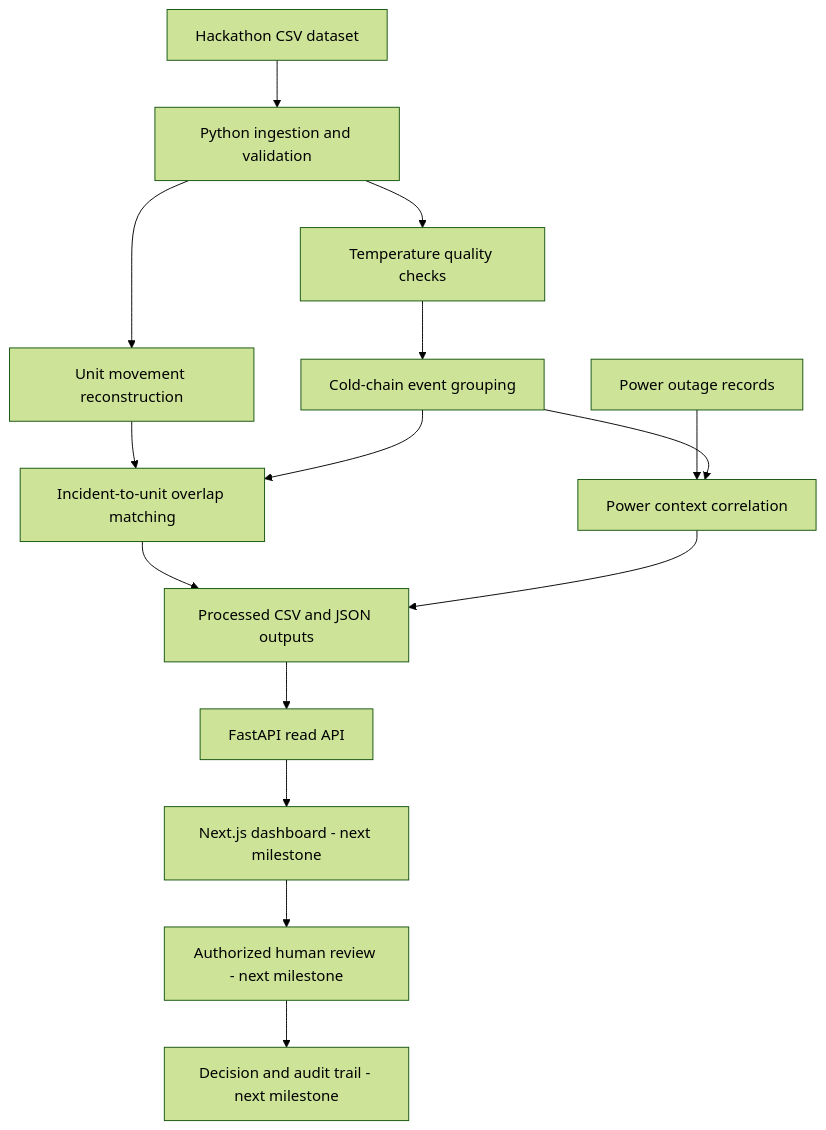
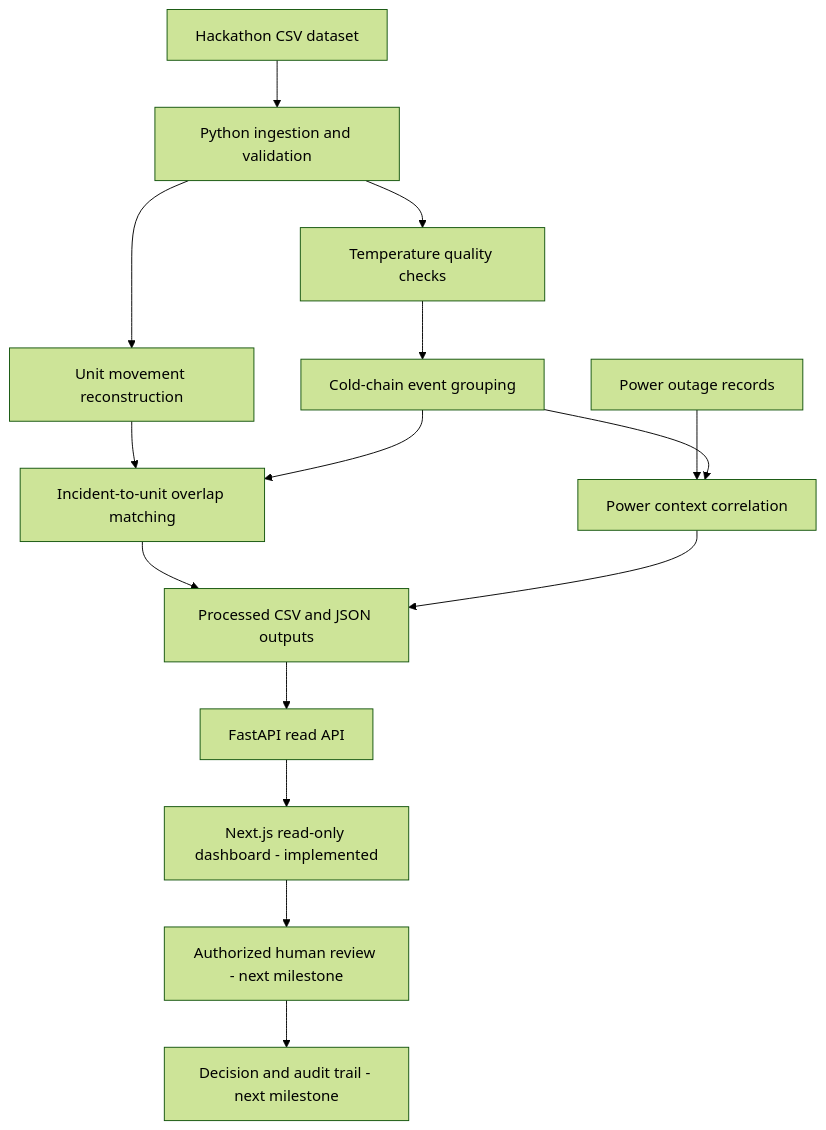
The diagram in docs/architecture.md (isaac-briandt/trustLedger-bct-hackaton-solution-2026), drawn with Mermaid (forest theme) before and after one commit. The commit also changed 1 other file, not shown here.

Commit message:
docs: add project status and frontend docs

````diff
--- a/docs/architecture.md
+++ b/docs/architecture.md
@@ -3,17 +3,17 @@
 ```mermaid
 flowchart TD
     A[Hackathon CSV dataset] --> B[Python ingestion and validation]
     B --> C[Temperature quality checks]
     B --> D[Unit movement reconstruction]
     C --> E[Cold-chain event grouping]
     D --> F[Incident-to-unit overlap matching]
     E --> F
     G[Power outage records] --> H[Power context correlation]
     E --> H
     F --> I[Processed CSV and JSON outputs]
     H --> I
     I --> J[FastAPI read API]
-    J --> K[Next.js dashboard - next milestone]
+    J --> K[Next.js read-only dashboard - implemented]
     K --> L[Authorized human review - next milestone]
     L --> M[Decision and audit trail - next milestone]
 ```
````
